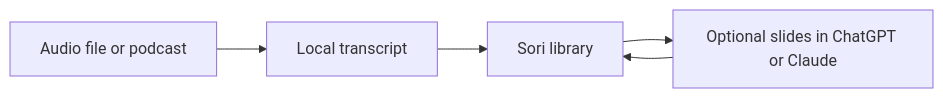
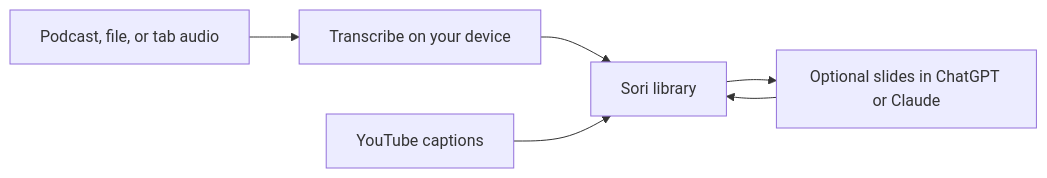
Before and after one commit to onepromptman/sori-app: the diagram in README.md, drawn with Mermaid. The commit also changed other lines of this file and 11 other files, not shown here.

Commit message:
Support YouTube captions and browser tab transcription

````diff
--- a/README.md
+++ b/README.md
@@ -37,7 +41,8 @@
 ```mermaid
 flowchart LR
-    A[Audio file or podcast] --> B[Local transcript]
+    A[Podcast, file, or tab audio] --> B[Transcribe on your device]
     B --> C[Sori library]
+    E[YouTube captions] --> C
     C --> D[Optional slides in ChatGPT or Claude]
     D --> C
 ```
````
